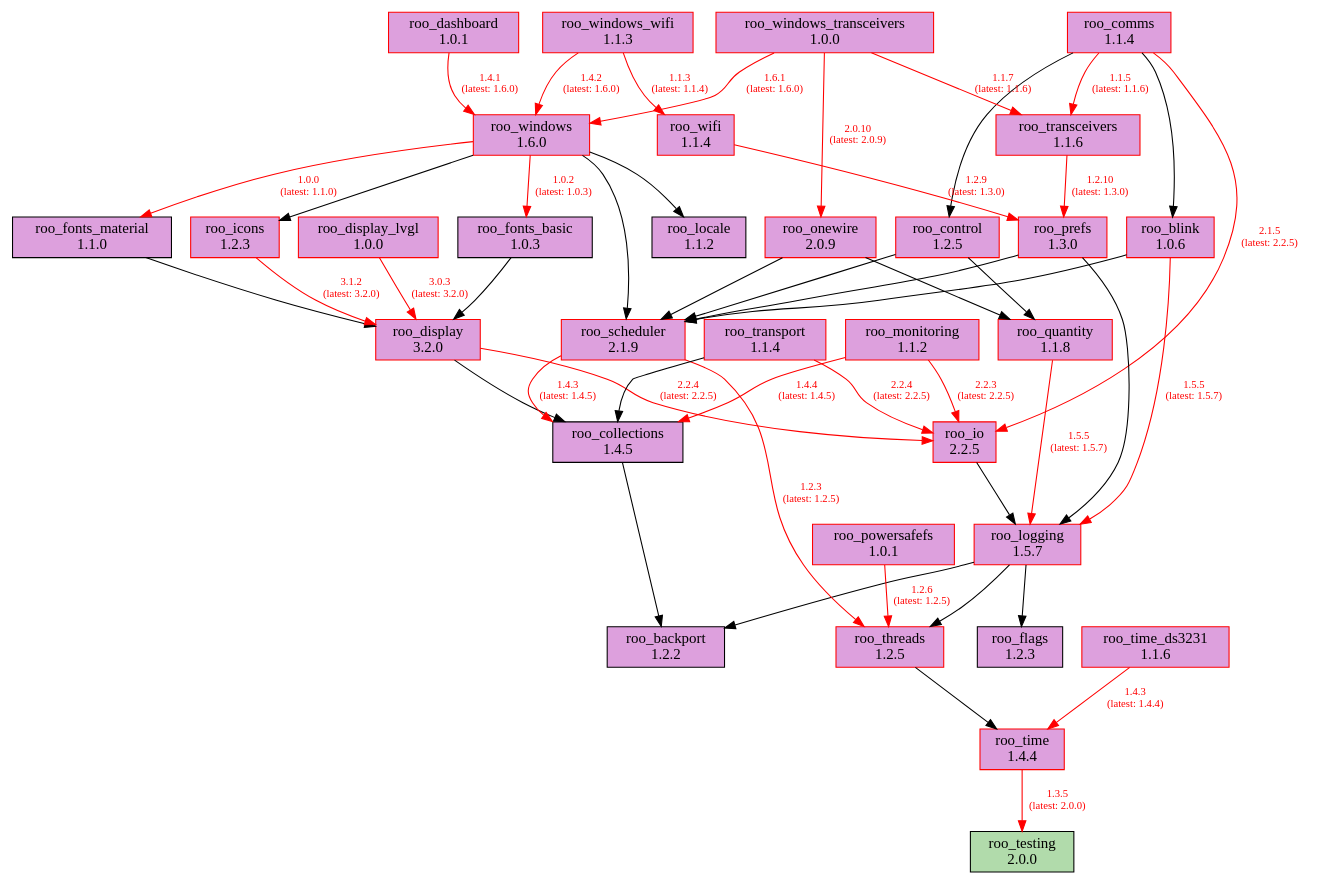
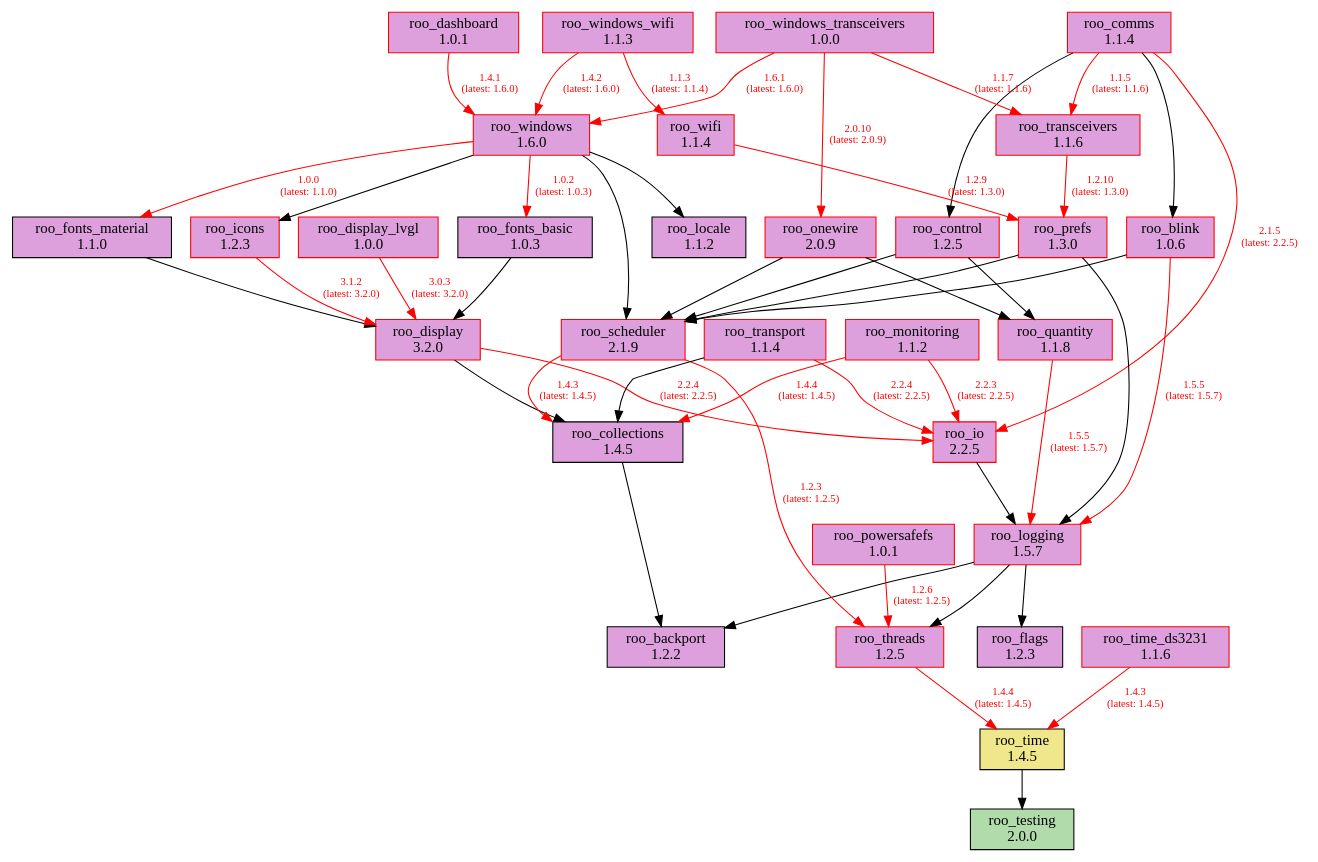
The diagram in doc/dependencies.dot (dejwk/roo-registry), drawn with Graphviz before and after one commit. The commit also changed 3 other files, not shown here.

Commit message:
Added roo_time 1.4.5 to the registry.

```diff
--- a/doc/dependencies.dot
+++ b/doc/dependencies.dot
@@ -1,87 +1,87 @@
 digraph dependencies {
     rankdir=TB;
     node [shape=box, style=filled];
     edge [fontsize=10];
 
     // Modules
     "roo_backport" [label="roo_backport\n1.2.2", fillcolor="plum", color="black"];
     "roo_blink" [label="roo_blink\n1.0.6", fillcolor="plum", color="red"];
     "roo_collections" [label="roo_collections\n1.4.5", fillcolor="plum", color="black"];
     "roo_comms" [label="roo_comms\n1.1.4", fillcolor="plum", color="red"];
     "roo_control" [label="roo_control\n1.2.5", fillcolor="plum", color="red"];
     "roo_dashboard" [label="roo_dashboard\n1.0.1", fillcolor="plum", color="red"];
     "roo_display" [label="roo_display\n3.2.0", fillcolor="plum", color="red"];
     "roo_display_lvgl" [label="roo_display_lvgl\n1.0.0", fillcolor="plum", color="red"];
     "roo_flags" [label="roo_flags\n1.2.3", fillcolor="plum", color="black"];
     "roo_fonts_basic" [label="roo_fonts_basic\n1.0.3", fillcolor="plum", color="black"];
     "roo_fonts_material" [label="roo_fonts_material\n1.1.0", fillcolor="plum", color="black"];
     "roo_icons" [label="roo_icons\n1.2.3", fillcolor="plum", color="red"];
     "roo_io" [label="roo_io\n2.2.5", fillcolor="plum", color="red"];
     "roo_locale" [label="roo_locale\n1.1.2", fillcolor="plum", color="black"];
     "roo_logging" [label="roo_logging\n1.5.7", fillcolor="plum", color="red"];
     "roo_monitoring" [label="roo_monitoring\n1.1.2", fillcolor="plum", color="red"];
     "roo_onewire" [label="roo_onewire\n2.0.9", fillcolor="plum", color="red"];
     "roo_powersafefs" [label="roo_powersafefs\n1.0.1", fillcolor="plum", color="red"];
     "roo_prefs" [label="roo_prefs\n1.3.0", fillcolor="plum", color="red"];
     "roo_quantity" [label="roo_quantity\n1.1.8", fillcolor="plum", color="red"];
     "roo_scheduler" [label="roo_scheduler\n2.1.9", fillcolor="plum", color="red"];
     "roo_testing" [label="roo_testing\n2.0.0", fillcolor="#b1dbab", color="black"];
     "roo_threads" [label="roo_threads\n1.2.5", fillcolor="plum", color="red"];
-    "roo_time" [label="roo_time\n1.4.4", fillcolor="plum", color="red"];
+    "roo_time" [label="roo_time\n1.4.5", fillcolor="khaki", color="black"];
     "roo_time_ds3231" [label="roo_time_ds3231\n1.1.6", fillcolor="plum", color="red"];
     "roo_transceivers" [label="roo_transceivers\n1.1.6", fillcolor="plum", color="red"];
     "roo_transport" [label="roo_transport\n1.1.4", fillcolor="plum", color="red"];
     "roo_wifi" [label="roo_wifi\n1.1.4", fillcolor="plum", color="red"];
     "roo_windows" [label="roo_windows\n1.6.0", fillcolor="plum", color="red"];
     "roo_windows_transceivers" [label="roo_windows_transceivers\n1.0.0", fillcolor="plum", color="red"];
     "roo_windows_wifi" [label="roo_windows_wifi\n1.1.3", fillcolor="plum", color="red"];
 
     // Dependencies
     "roo_blink" -> "roo_logging" [color=red, fontcolor=red, label="1.5.5\n(latest: 1.5.7)"];
     "roo_blink" -> "roo_scheduler";
     "roo_collections" -> "roo_backport";
     "roo_comms" -> "roo_blink";
     "roo_comms" -> "roo_control";
     "roo_comms" -> "roo_io" [color=red, fontcolor=red, label="2.1.5\n(latest: 2.2.5)"];
     "roo_comms" -> "roo_transceivers" [color=red, fontcolor=red, label="1.1.5\n(latest: 1.1.6)"];
     "roo_control" -> "roo_quantity";
     "roo_control" -> "roo_scheduler";
     "roo_dashboard" -> "roo_windows" [color=red, fontcolor=red, label="1.4.1\n(latest: 1.6.0)"];
     "roo_display" -> "roo_collections";
     "roo_display" -> "roo_io" [color=red, fontcolor=red, label="2.2.4\n(latest: 2.2.5)"];
     "roo_display_lvgl" -> "roo_display" [color=red, fontcolor=red, label="3.0.3\n(latest: 3.2.0)"];
     "roo_fonts_basic" -> "roo_display";
     "roo_fonts_material" -> "roo_display";
     "roo_icons" -> "roo_display" [color=red, fontcolor=red, label="3.1.2\n(latest: 3.2.0)"];
     "roo_io" -> "roo_logging";
     "roo_logging" -> "roo_backport";
     "roo_logging" -> "roo_flags";
     "roo_logging" -> "roo_threads";
     "roo_monitoring" -> "roo_collections" [color=red, fontcolor=red, label="1.4.4\n(latest: 1.4.5)"];
     "roo_monitoring" -> "roo_io" [color=red, fontcolor=red, label="2.2.3\n(latest: 2.2.5)"];
     "roo_onewire" -> "roo_scheduler";
     "roo_onewire" -> "roo_quantity";
     "roo_powersafefs" -> "roo_threads" [color=red, fontcolor=red, label="1.2.6\n(latest: 1.2.5)"];
     "roo_prefs" -> "roo_logging";
     "roo_prefs" -> "roo_scheduler";
     "roo_quantity" -> "roo_logging" [color=red, fontcolor=red, label="1.5.5\n(latest: 1.5.7)"];
     "roo_scheduler" -> "roo_collections" [color=red, fontcolor=red, label="1.4.3\n(latest: 1.4.5)"];
     "roo_scheduler" -> "roo_threads" [color=red, fontcolor=red, label="1.2.3\n(latest: 1.2.5)"];
-    "roo_threads" -> "roo_time";
-    "roo_time" -> "roo_testing" [color=red, fontcolor=red, label="1.3.5\n(latest: 2.0.0)"];
-    "roo_time_ds3231" -> "roo_time" [color=red, fontcolor=red, label="1.4.3\n(latest: 1.4.4)"];
+    "roo_threads" -> "roo_time" [color=red, fontcolor=red, label="1.4.4\n(latest: 1.4.5)"];
+    "roo_time" -> "roo_testing";
+    "roo_time_ds3231" -> "roo_time" [color=red, fontcolor=red, label="1.4.3\n(latest: 1.4.5)"];
     "roo_transceivers" -> "roo_prefs" [color=red, fontcolor=red, label="1.2.10\n(latest: 1.3.0)"];
     "roo_transport" -> "roo_collections";
     "roo_transport" -> "roo_io" [color=red, fontcolor=red, label="2.2.4\n(latest: 2.2.5)"];
     "roo_wifi" -> "roo_prefs" [color=red, fontcolor=red, label="1.2.9\n(latest: 1.3.0)"];
     "roo_windows" -> "roo_fonts_basic" [color=red, fontcolor=red, label="1.0.2\n(latest: 1.0.3)"];
     "roo_windows" -> "roo_fonts_material" [color=red, fontcolor=red, label="1.0.0\n(latest: 1.1.0)"];
     "roo_windows" -> "roo_locale";
     "roo_windows" -> "roo_icons";
     "roo_windows" -> "roo_scheduler";
     "roo_windows_transceivers" -> "roo_onewire" [color=red, fontcolor=red, label="2.0.10\n(latest: 2.0.9)"];
     "roo_windows_transceivers" -> "roo_transceivers" [color=red, fontcolor=red, label="1.1.7\n(latest: 1.1.6)"];
     "roo_windows_transceivers" -> "roo_windows" [color=red, fontcolor=red, label="1.6.1\n(latest: 1.6.0)"];
     "roo_windows_wifi" -> "roo_wifi" [color=red, fontcolor=red, label="1.1.3\n(latest: 1.1.4)"];
     "roo_windows_wifi" -> "roo_windows" [color=red, fontcolor=red, label="1.4.2\n(latest: 1.6.0)"];
 }
```
